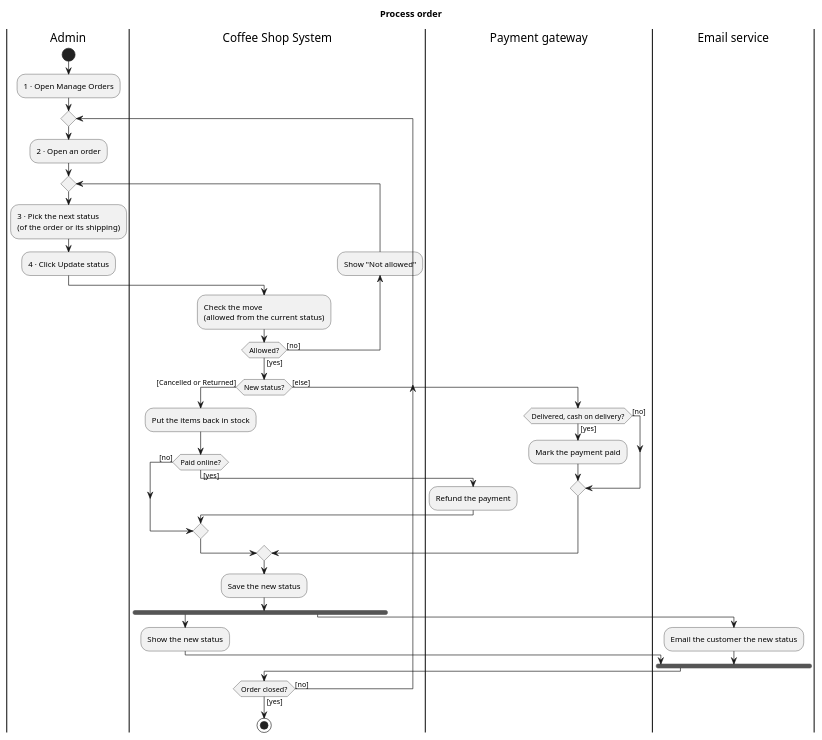
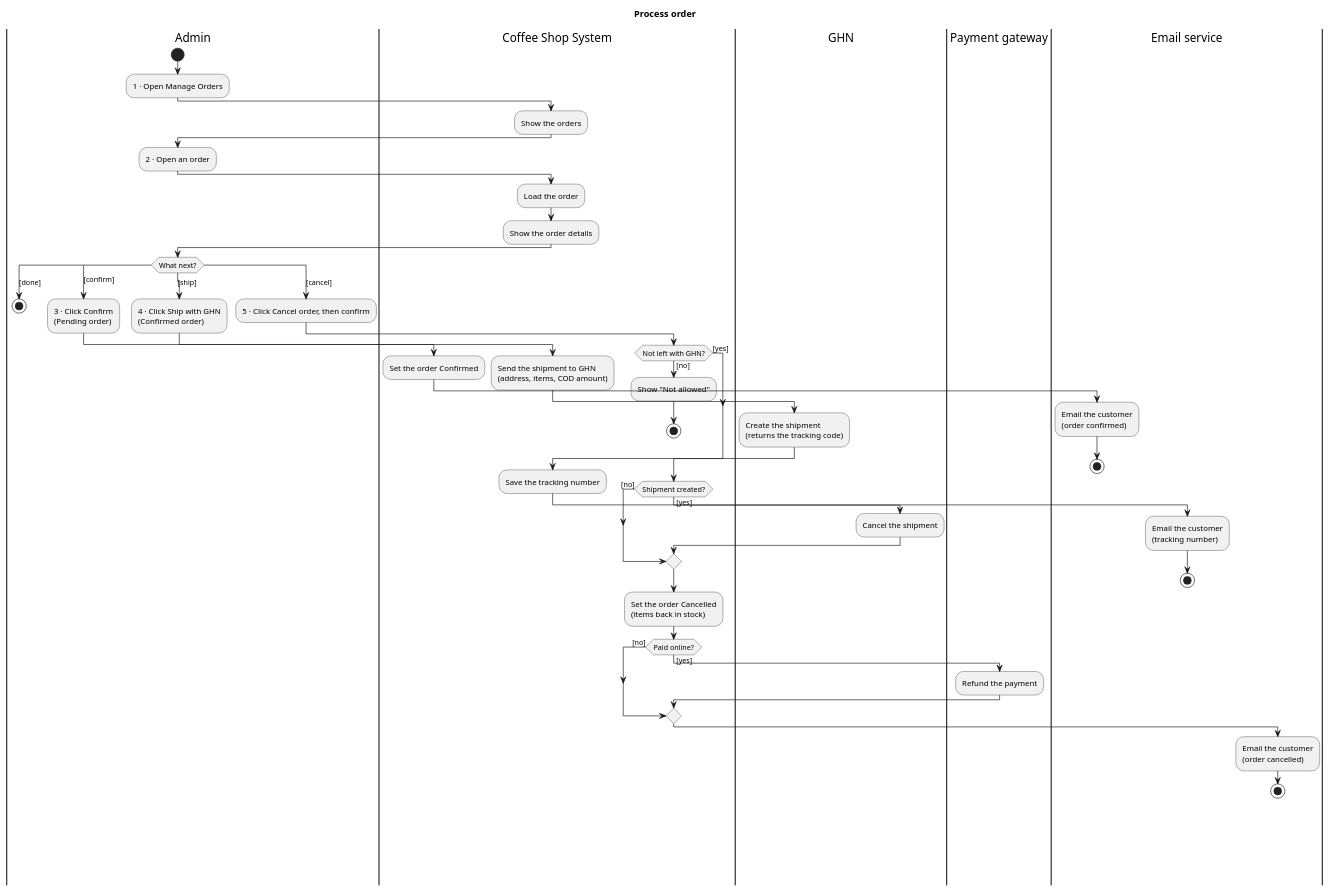
The diagram in docs/uml/activity-process-order.puml (tiennguyen-agilityio/nestjs-training), drawn with PlantUML before and after one commit. The commit also changed 5 other files, not shown here.

Commit message:
docs: add GHN shipping and webhook flows to the UML activity diagrams

```diff
--- a/docs/uml/activity-process-order.puml
+++ b/docs/uml/activity-process-order.puml
@@ -1,51 +1,74 @@
 @startuml activity-process-order
-' Process order: the admin moves an order, or its shipping, to the next status.
-' Order: Pending -> Confirmed -> Completed, or Cancelled before it is completed.
-' Shipping: Pending -> Shipping -> Delivered or Returned.
-' The order is closed once it is Completed, Cancelled or Returned.
+' Process order: the admin confirms an order, ships it with GHN or cancels it.
+' Order: Pending -> Confirmed -> Completed, or Cancelled before it leaves.
+' Shipping: Pending -> Shipping -> Delivered or Returned, reported by GHN
+' (activity 20, Update shipping status).
 
 title Process order
 
 |Admin|
 |Coffee Shop System|
+|GHN|
 |Payment gateway|
 |Email service|
 
 |Admin|
 start
 :1 · Open Manage Orders;
-repeat
-  :2 · Open an order;
-  repeat
-    :3 · Pick the next status\n(of the order or its shipping);
-    :4 · Click Update status;
-    |Coffee Shop System|
-    :Check the move\n(allowed from the current status);
-  backward :Show "Not allowed";
-  repeat while (Allowed?) is ([no]) not ([yes])
-  if (New status?) then ([Cancelled or Returned])
-    :Put the items back in stock;
-    if (Paid online?) then ([yes])
-      |Payment gateway|
-      :Refund the payment;
-    else ([no])
-    endif
-  else ([else])
-    if (Delivered, cash on delivery?) then ([yes])
-      :Mark the payment paid;
-    else ([no])
-    endif
+|Coffee Shop System|
+:Show the orders;
+|Admin|
+:2 · Open an order;
+|Coffee Shop System|
+:Load the order;
+:Show the order details;
+|Admin|
+switch (What next?)
+case ([done])
+  stop
+case ([confirm])
+  :3 · Click Confirm\n(Pending order);
+  |Coffee Shop System|
+  :Set the order Confirmed;
+  |Email service|
+  :Email the customer\n(order confirmed);
+  stop
+case ([ship])
+  |Admin|
+  :4 · Click Ship with GHN\n(Confirmed order);
+  |Coffee Shop System|
+  :Send the shipment to GHN\n(address, items, COD amount);
+  |GHN|
+  :Create the shipment\n(returns the tracking code);
+  |Coffee Shop System|
+  :Save the tracking number;
+  |Email service|
+  :Email the customer\n(tracking number);
+  stop
+case ([cancel])
+  |Admin|
+  :5 · Click Cancel order, then confirm;
+  |Coffee Shop System|
+  if (Not left with GHN?) then ([no])
+    :Show "Not allowed";
+    stop
+  else ([yes])
+  endif
+  if (Shipment created?) then ([yes])
+    |GHN|
+    :Cancel the shipment;
+  else ([no])
   endif
   |Coffee Shop System|
-  :Save the new status;
-  fork
-    :Show the new status;
-  fork again
-    |Email service|
-    :Email the customer the new status;
-  end fork
-  |Coffee Shop System|
-repeat while (Order closed?) is ([no]) not ([yes])
-stop
+  :Set the order Cancelled\n(items back in stock);
+  if (Paid online?) then ([yes])
+    |Payment gateway|
+    :Refund the payment;
+  else ([no])
+  endif
+  |Email service|
+  :Email the customer\n(order cancelled);
+  stop
+endswitch
 
 @enduml
```
